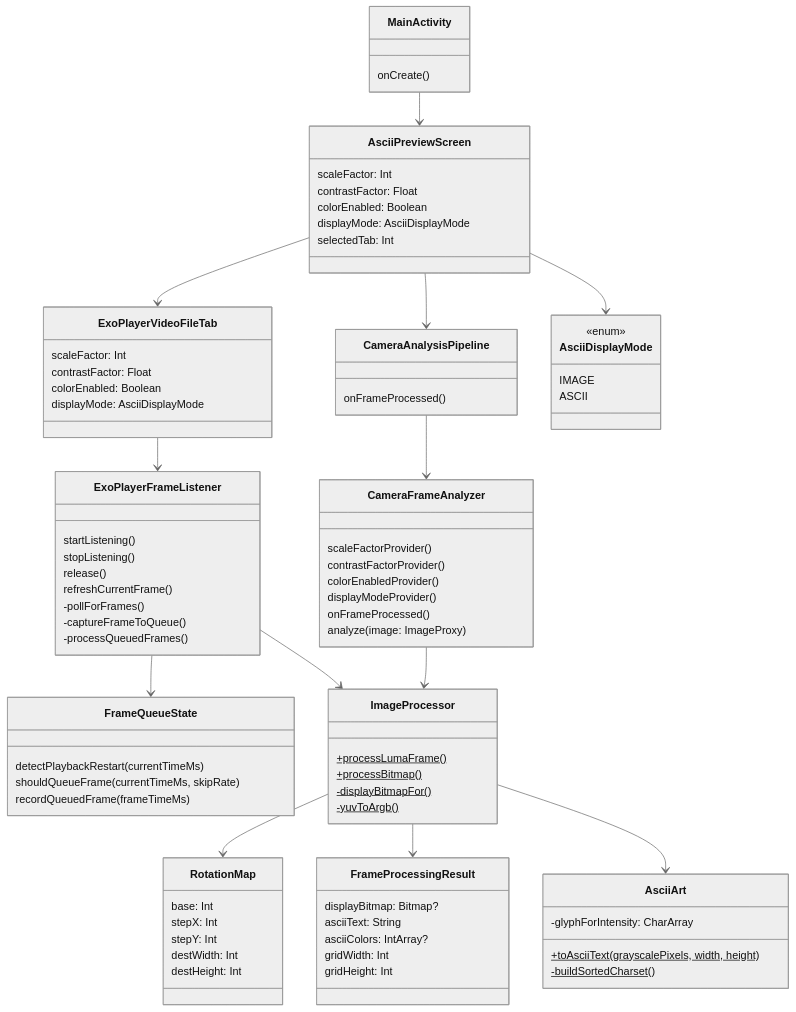
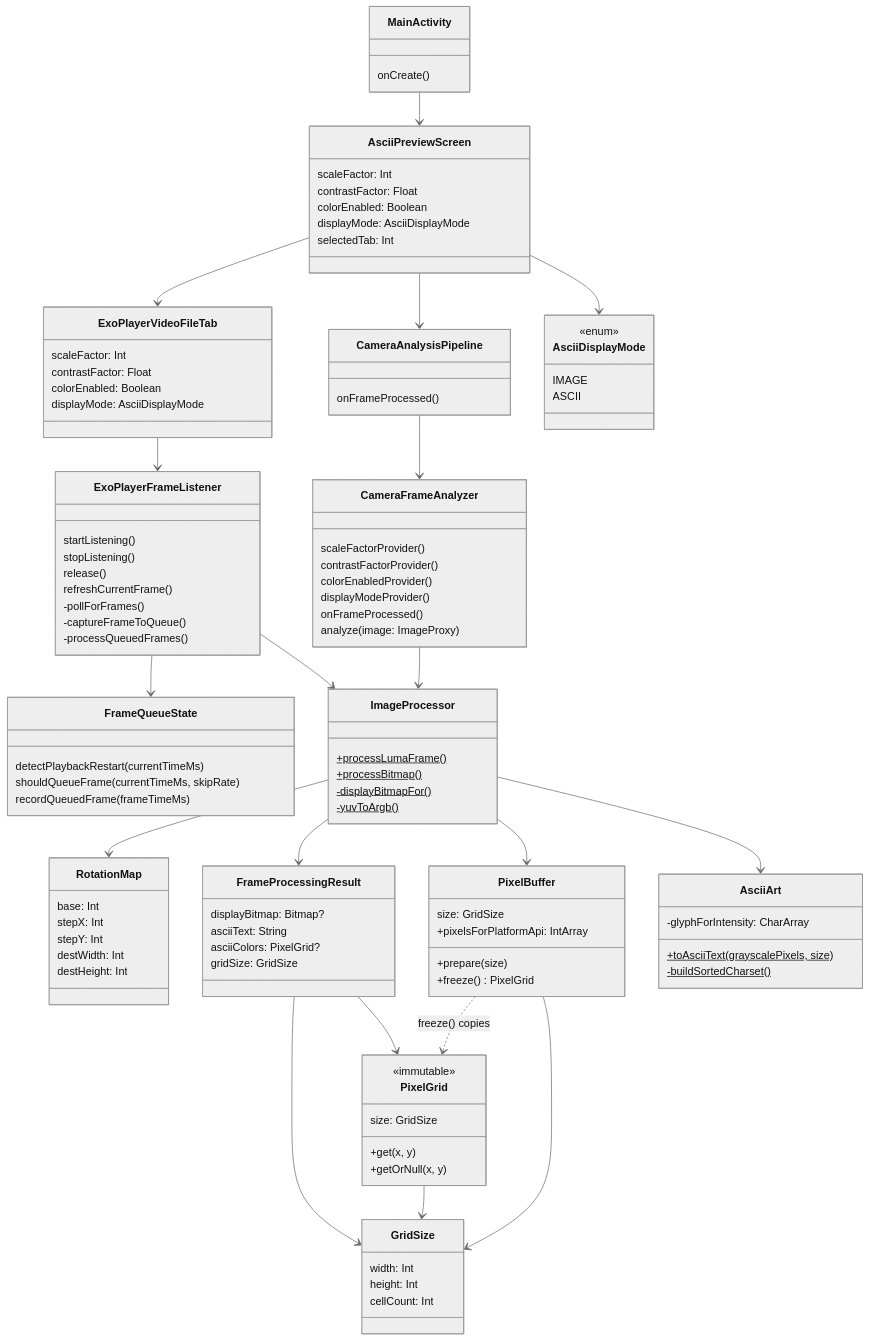
Before and after one commit to replicant1/AsciiArt: the diagram in docs/class-diagram.mmd, drawn with Mermaid (neutral theme). The commit also changed 8 other files, not shown here.

First line of the commit message:
Document PixelGrid, PixelBuffer and GridSize

```diff
--- a/docs/class-diagram.mmd
+++ b/docs/class-diagram.mmd
@@ -1,96 +1,121 @@
 classDiagram
     class MainActivity {
         onCreate()
     }
 
     class AsciiPreviewScreen {
         scaleFactor: Int
         contrastFactor: Float
         colorEnabled: Boolean
         displayMode: AsciiDisplayMode
         selectedTab: Int
     }
 
     class CameraAnalysisPipeline {
         onFrameProcessed()
     }
 
     class CameraFrameAnalyzer {
         scaleFactorProvider()
         contrastFactorProvider()
         colorEnabledProvider()
         displayModeProvider()
         onFrameProcessed()
         analyze(image: ImageProxy)
     }
 
     class ExoPlayerVideoFileTab {
         scaleFactor: Int
         contrastFactor: Float
         colorEnabled: Boolean
         displayMode: AsciiDisplayMode
     }
 
     class ExoPlayerFrameListener {
         startListening()
         stopListening()
         release()
         refreshCurrentFrame()
         -pollForFrames()
         -captureFrameToQueue()
         -processQueuedFrames()
     }
 
     class FrameQueueState {
         detectPlaybackRestart(currentTimeMs)
         shouldQueueFrame(currentTimeMs, skipRate)
         recordQueuedFrame(frameTimeMs)
     }
 
     class ImageProcessor {
         +processLumaFrame()$
         +processBitmap()$
         -displayBitmapFor()$
         -yuvToArgb()$
     }
 
     class RotationMap {
         base: Int
         stepX: Int
         stepY: Int
         destWidth: Int
         destHeight: Int
     }
 
     class FrameProcessingResult {
         displayBitmap: Bitmap?
         asciiText: String
-        asciiColors: IntArray?
-        gridWidth: Int
-        gridHeight: Int
+        asciiColors: PixelGrid?
+        gridSize: GridSize
+    }
+
+    class GridSize {
+        width: Int
+        height: Int
+        cellCount: Int
+    }
+
+    class PixelGrid {
+        <<immutable>>
+        size: GridSize
+        +get(x, y)
+        +getOrNull(x, y)
+    }
+
+    class PixelBuffer {
+        size: GridSize
+        +prepare(size)
+        +freeze() PixelGrid
+        +pixelsForPlatformApi: IntArray
     }
 
     class AsciiArt {
-        +toAsciiText(grayscalePixels, width, height)$
+        +toAsciiText(grayscalePixels, size)$
         -glyphForIntensity: CharArray
         -buildSortedCharset()$
     }
 
     class AsciiDisplayMode {
         <<enum>>
         IMAGE
         ASCII
     }
 
     MainActivity --> AsciiPreviewScreen
     AsciiPreviewScreen --> CameraAnalysisPipeline
     AsciiPreviewScreen --> ExoPlayerVideoFileTab
     AsciiPreviewScreen --> AsciiDisplayMode
     CameraAnalysisPipeline --> CameraFrameAnalyzer
     CameraFrameAnalyzer --> ImageProcessor
     ExoPlayerVideoFileTab --> ExoPlayerFrameListener
     ExoPlayerFrameListener --> FrameQueueState
     ExoPlayerFrameListener --> ImageProcessor
     ImageProcessor --> RotationMap
     ImageProcessor --> FrameProcessingResult
     ImageProcessor --> AsciiArt
+    ImageProcessor --> PixelBuffer
+    PixelBuffer ..> PixelGrid : freeze() copies
+    PixelBuffer --> GridSize
+    PixelGrid --> GridSize
+    FrameProcessingResult --> PixelGrid
+    FrameProcessingResult --> GridSize
```
